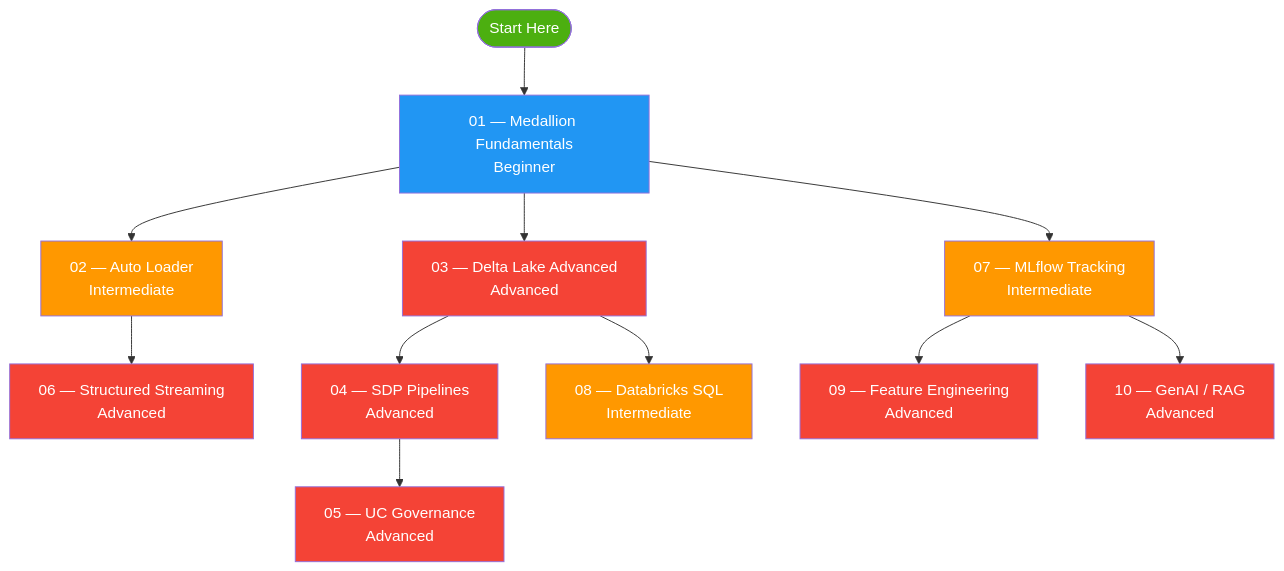
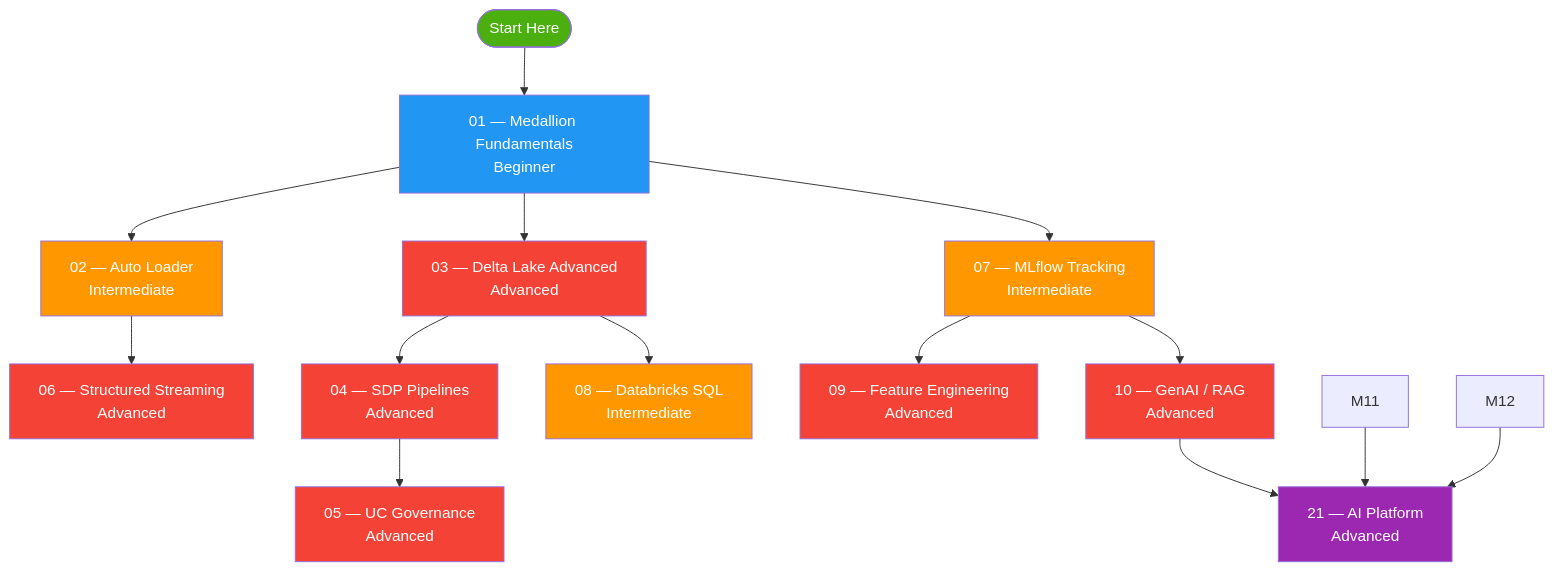
One commit to Htunn/Data-Engineering changed the fourth of 4 diagrams in docs/databricks-platform-overview.md. Above: the diagram before and after it, drawn with Mermaid. The commit also changed other lines of this file and 3 other files, not shown here.

````diff
--- a/docs/databricks-platform-overview.md
+++ b/docs/databricks-platform-overview.md
@@ -232,25 +234,29 @@
 ```mermaid
 flowchart TD
     START([Start Here]) --> M01[01 — Medallion Fundamentals<br/>Beginner]
     M01 --> M02[02 — Auto Loader<br/>Intermediate]
     M01 --> M03[03 — Delta Lake Advanced<br/>Advanced]
     M02 --> M06[06 — Structured Streaming<br/>Advanced]
     M03 --> M04[04 — SDP Pipelines<br/>Advanced]
     M03 --> M08[08 — Databricks SQL<br/>Intermediate]
     M04 --> M05[05 — UC Governance<br/>Advanced]
     M01 --> M07[07 — MLflow Tracking<br/>Intermediate]
     M07 --> M09[09 — Feature Engineering<br/>Advanced]
     M07 --> M10[10 — GenAI / RAG<br/>Advanced]
-    
+    M10 --> M21[21 — AI Platform<br/>Advanced]
+    M11 --> M21
+    M12 --> M21
+
     style START fill:#4CAF10,color:#fff
     style M01 fill:#2196F3,color:#fff
     style M02 fill:#FF9800,color:#fff
     style M03 fill:#f44336,color:#fff
     style M04 fill:#f44336,color:#fff
     style M05 fill:#f44336,color:#fff
     style M06 fill:#f44336,color:#fff
     style M07 fill:#FF9800,color:#fff
     style M08 fill:#FF9800,color:#fff
     style M09 fill:#f44336,color:#fff
     style M10 fill:#f44336,color:#fff
+    style M21 fill:#9C27B0,color:#fff
 ```
````
